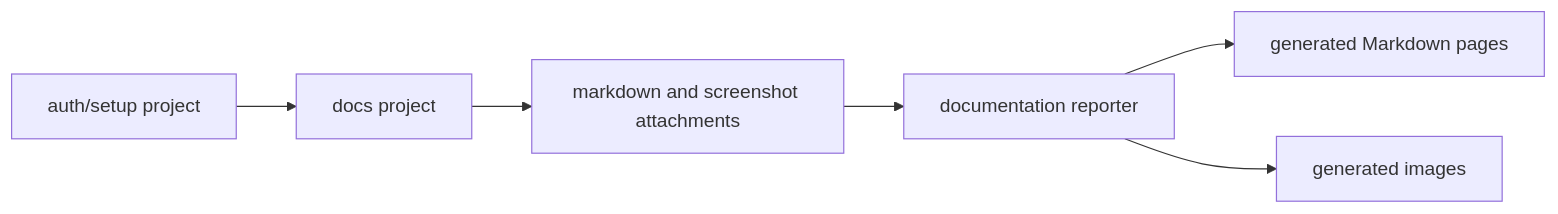
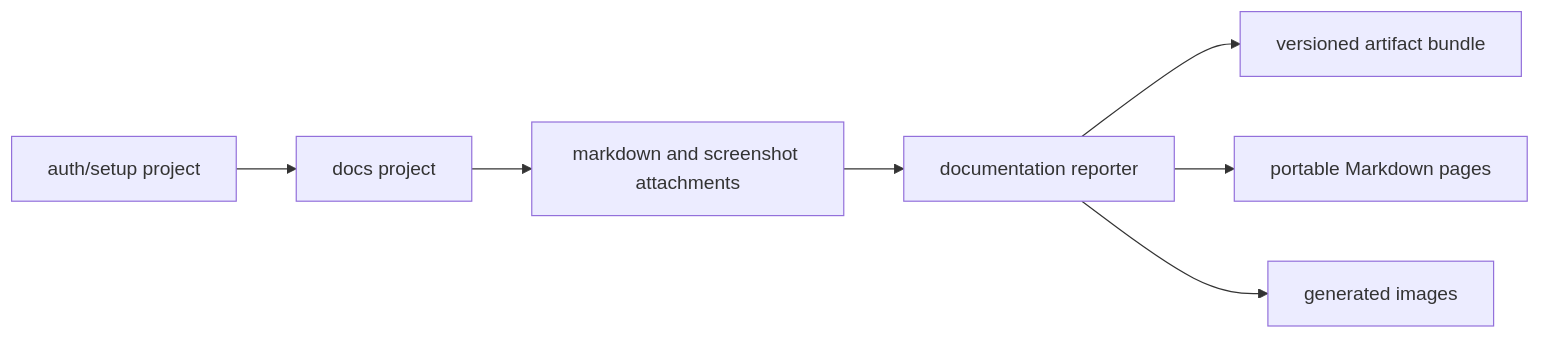
Before and after one commit to heddendorp/docs-tests: the diagram in ARCHITECTURE.md, drawn with Mermaid. The commit also changed other lines of this file and 32 other files, not shown here.

````diff
--- a/ARCHITECTURE.md
+++ b/ARCHITECTURE.md
@@ -14,8 +15,9 @@
 ```mermaid
 flowchart LR
   setup["auth/setup project"] --> docs["docs project"]
   docs --> attach["markdown and screenshot attachments"]
   attach --> reporter["documentation reporter"]
-  reporter --> md["generated Markdown pages"]
+  reporter --> bundle["versioned artifact bundle"]
+  reporter --> md["portable Markdown pages"]
   reporter --> images["generated images"]
 ```
````
